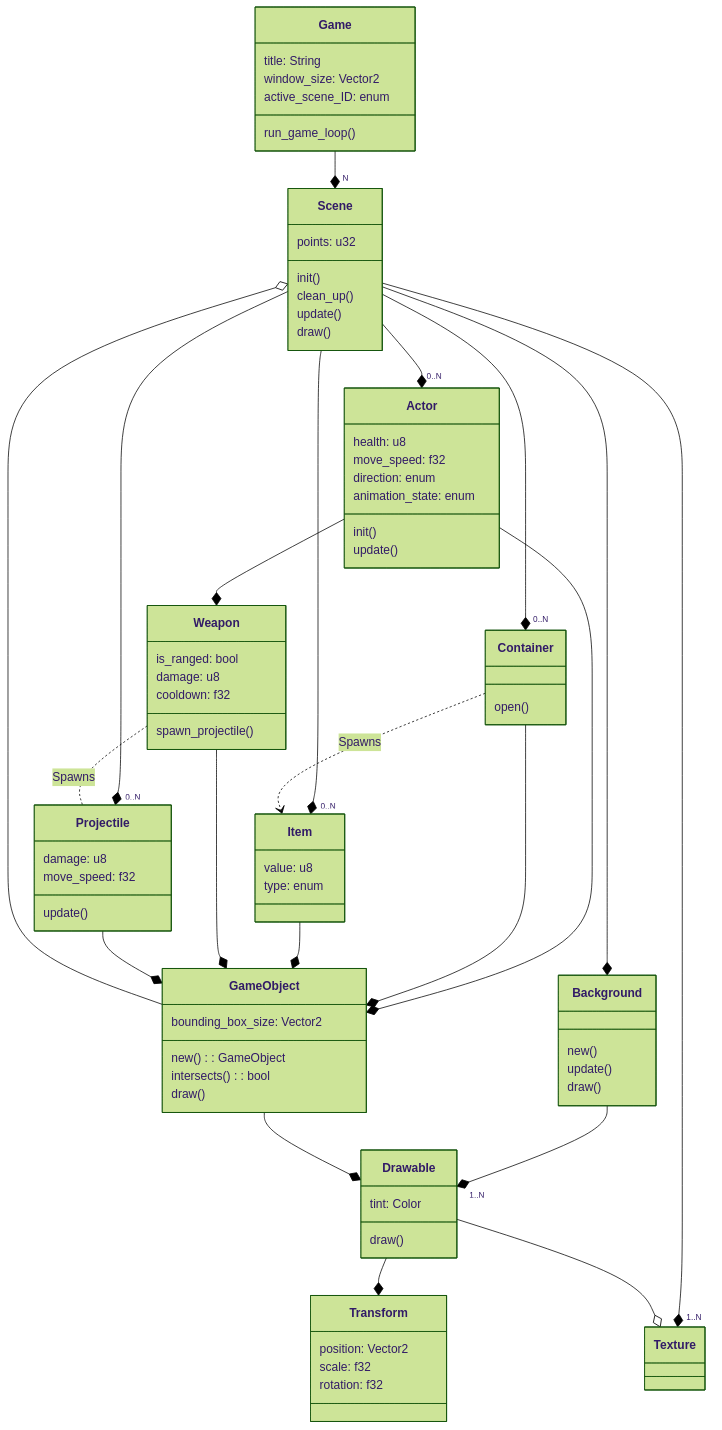
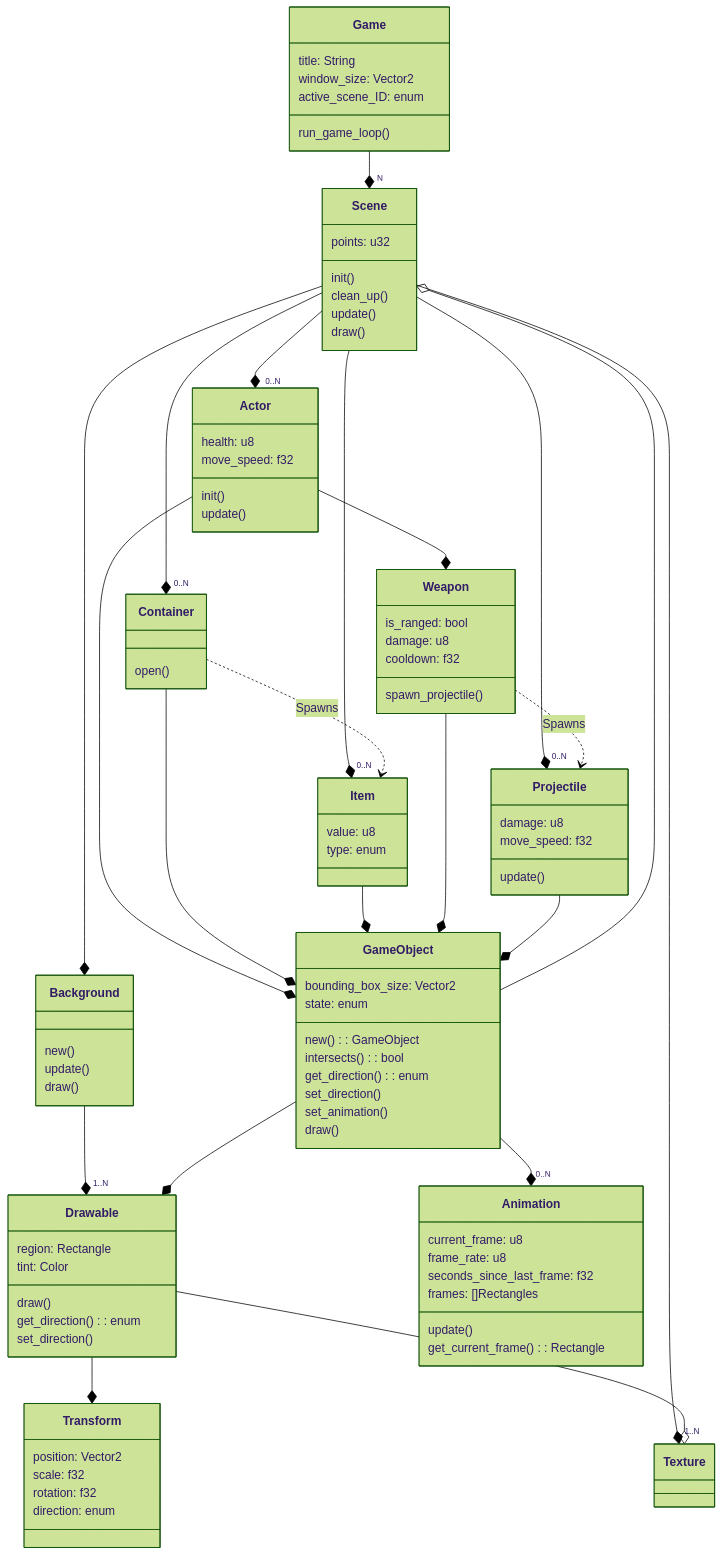
Before and after one commit to javiersalcedopuyo/bronze_sword: the diagram in docs/uml.md, drawn with Mermaid (forest theme). The commit also changed 9 other files, not shown here.

````diff
--- a/docs/uml.md
+++ b/docs/uml.md
@@ -21,8 +21,6 @@
     update()
     health: u8
     move_speed: f32
-    direction: enum
-    animation_state: enum
 }
 
 class Item{
@@ -38,6 +36,9 @@
 
 class Drawable{
     draw()
+    get_direction(): enum
+    set_direction()
+    region: Rectangle
     tint: Color
 }
 
@@ -45,6 +46,7 @@
     position: Vector2
     scale: f32
     rotation: f32
+    direction: enum
 }
 
 class Weapon{
@@ -63,12 +65,25 @@
 class GameObject{
     new(): GameObject
     intersects(): bool
+    get_direction(): enum
+    set_direction()
+    set_animation()
     draw()
     bounding_box_size: Vector2
+    state: enum
 }
 
 class Container{
     open()
+}
+
+class Animation{
+    current_frame: u8
+    frame_rate: u8
+    seconds_since_last_frame: f32
+    frames: []Rectangles
+    update()
+    get_current_frame(): Rectangle
 }
 
 Game --* "N" Scene
@@ -86,6 +101,7 @@
 
 GameObject --* Drawable
 GameObject --o Scene
+GameObject --* "0..N" Animation
 
 Actor --* GameObject
 Container --* GameObject
@@ -99,5 +115,5 @@
 
 Actor --* Weapon
 
-Weapon .. Projectile: Spawns
+Weapon ..> Projectile: Spawns
 ```
````
